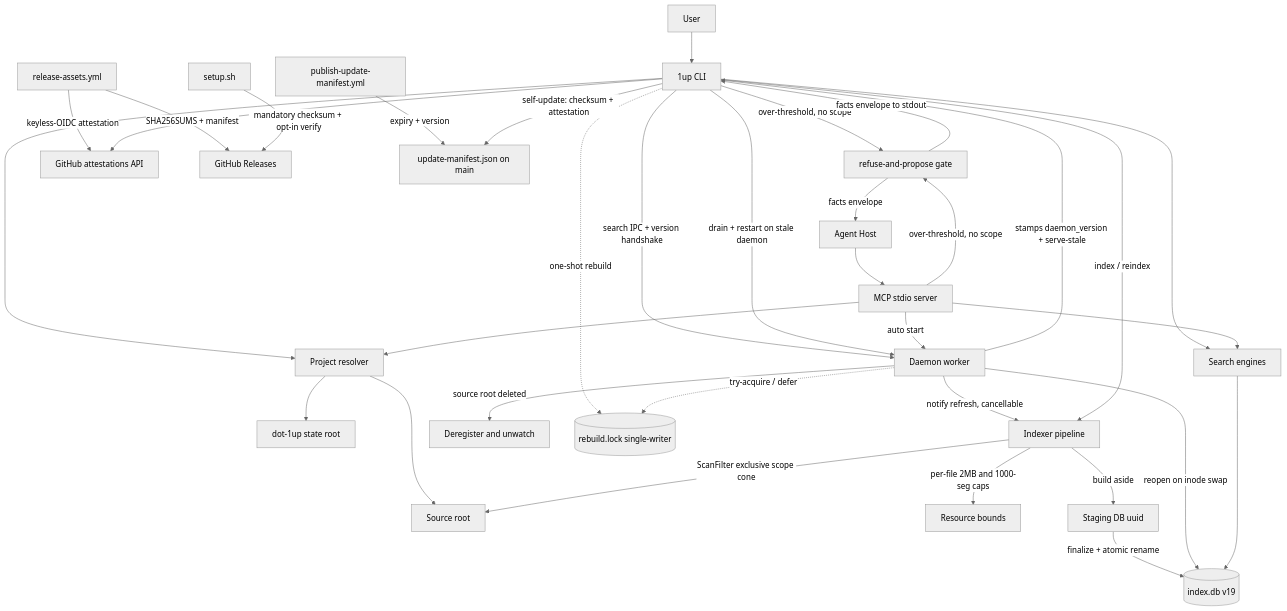
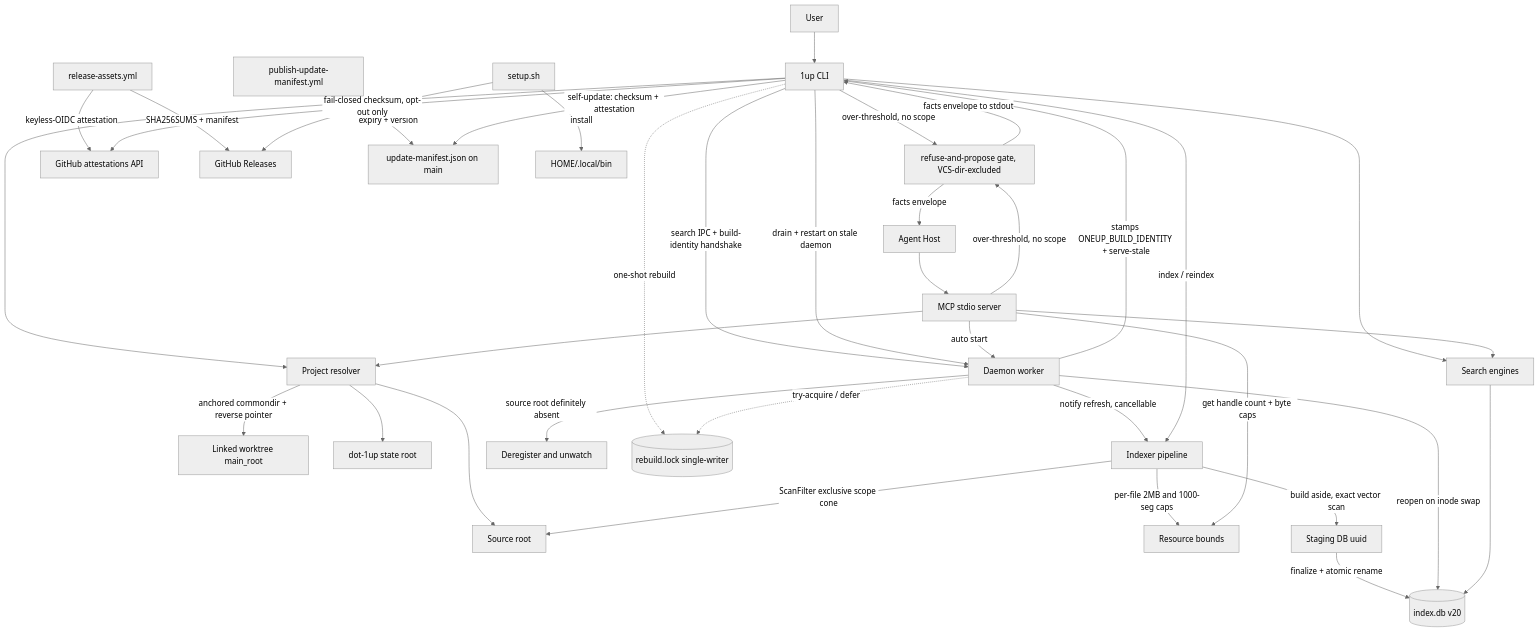
Before and after one commit to rp1-run/1up: the diagram in .rp1/context/architecture.md, drawn with Mermaid (neutral theme). The commit also changed other lines of this file and 6 other files, not shown here.

First line of the commit message:
chore(kb): refresh knowledge base for v0.1.15–v0.1.17 (schema v20, build identity) (#144)

````diff
--- a/.rp1/context/architecture.md
+++ b/.rp1/context/architecture.md
@@ -82,36 +88,39 @@
 ```mermaid
 graph TB
     User[User] --> CLI[1up CLI]
     Host[Agent Host] --> MCP[MCP stdio server]
     CLI --> Project[Project resolver]
     MCP --> Project
+    Project -->|anchored commondir + reverse pointer| Worktree[Linked worktree main_root]
     Project --> State[dot-1up state root]
     Project --> Source[Source root]
-    CLI -->|search IPC + version handshake| Daemon[Daemon worker]
-    Daemon -->|stamps daemon_version + serve-stale| CLI
+    CLI -->|search IPC + build-identity handshake| Daemon[Daemon worker]
+    Daemon -->|stamps ONEUP_BUILD_IDENTITY + serve-stale| CLI
     CLI -->|drain + restart on stale daemon| Daemon
     MCP -->|auto start| Daemon
     Daemon -->|notify refresh, cancellable| Indexer[Indexer pipeline]
-    Daemon -->|source root deleted| Deregister[Deregister and unwatch]
+    Daemon -->|source root definitely absent| Deregister[Deregister and unwatch]
     CLI -->|index / reindex| Indexer
-    MCP -->|over-threshold, no scope| Gate[refuse-and-propose gate]
+    MCP -->|over-threshold, no scope| Gate[refuse-and-propose gate, VCS-dir-excluded]
     CLI -->|over-threshold, no scope| Gate
     Gate -->|facts envelope| Host
     Gate -->|facts envelope to stdout| CLI
     Indexer -->|per-file 2MB and 1000-seg caps| Bounds[Resource bounds]
+    MCP -->|get handle count + byte caps| Bounds
     Indexer -->|ScanFilter exclusive scope cone| Source
-    Indexer -->|build aside| Staging[Staging DB uuid]
-    Staging -->|finalize + atomic rename| Storage[(index.db v19)]
+    Indexer -->|build aside, exact vector scan| Staging[Staging DB uuid]
+    Staging -->|finalize + atomic rename| Storage[(index.db v20)]
     Daemon -->|reopen on inode swap| Storage
     CLI -. one-shot rebuild .-> Lock[(rebuild.lock single-writer)]
     Daemon -. try-acquire / defer .-> Lock
     Search[Search engines] --> Storage
     CLI --> Search
     MCP --> Search
     Release[release-assets.yml] -->|keyless-OIDC attestation| Attest[GitHub attestations API]
     Release -->|SHA256SUMS + manifest| GHR[GitHub Releases]
     Publish[publish-update-manifest.yml] -->|expiry + version| Manifest[update-manifest.json on main]
     CLI -->|self-update: checksum + attestation| Manifest
     CLI --> Attest
-    Setup[setup.sh] -->|mandatory checksum + opt-in verify| GHR
+    Setup[setup.sh] -->|fail-closed checksum, opt-out only| GHR
+    Setup -->|install| LocalBin[HOME/.local/bin]
 ```
````
